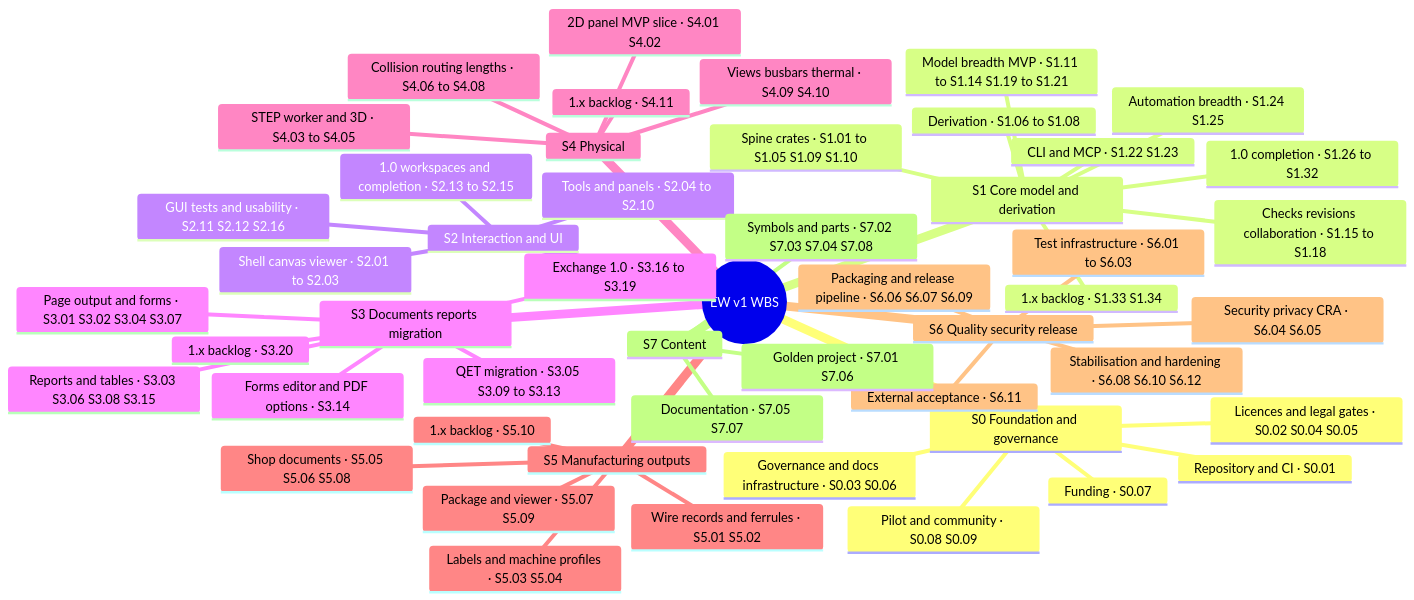
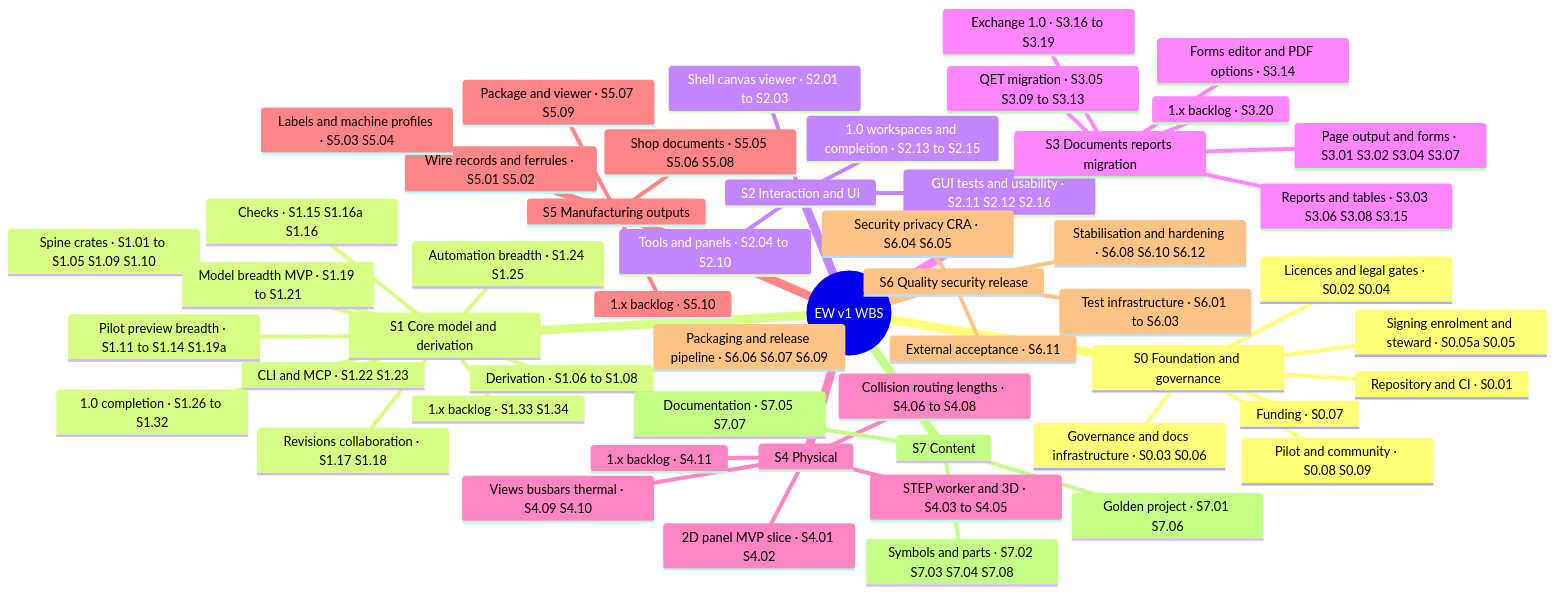
The first of 2 diagrams in docs/plan/02-work-packages.md (Ironkode787/ElektraWatt), drawn with Mermaid before and after one commit. The commit also changed other lines of this file and 44 other files, not shown here.

````diff
--- a/docs/plan/02-work-packages.md
+++ b/docs/plan/02-work-packages.md
@@ -135,53 +158,56 @@
 ```mermaid
 mindmap
   root((EW v1 WBS))
     S0 Foundation and governance
       Repository and CI · S0.01
-      Licences and legal gates · S0.02 S0.04 S0.05
+      Licences and legal gates · S0.02 S0.04
+      Signing enrolment and steward · S0.05a S0.05
       Governance and docs infrastructure · S0.03 S0.06
       Funding · S0.07
       Pilot and community · S0.08 S0.09
     S1 Core model and derivation
       Spine crates · S1.01 to S1.05 S1.09 S1.10
       Derivation · S1.06 to S1.08
-      Model breadth MVP · S1.11 to S1.14 S1.19 to S1.21
-      Checks revisions collaboration · S1.15 to S1.18
+      Pilot preview breadth · S1.11 to S1.14 S1.19a
+      Model breadth MVP · S1.19 to S1.21
+      Checks · S1.15 S1.16a S1.16
+      Revisions collaboration · S1.17 S1.18
       CLI and MCP · S1.22 S1.23
       Automation breadth · S1.24 S1.25
       1.0 completion · S1.26 to S1.32
       1.x backlog · S1.33 S1.34
     S2 Interaction and UI
       Shell canvas viewer · S2.01 to S2.03
       Tools and panels · S2.04 to S2.10
       GUI tests and usability · S2.11 S2.12 S2.16
       1.0 workspaces and completion · S2.13 to S2.15
     S3 Documents reports migration
       Page output and forms · S3.01 S3.02 S3.04 S3.07
       Reports and tables · S3.03 S3.06 S3.08 S3.15
       QET migration · S3.05 S3.09 to S3.13
       Exchange 1.0 · S3.16 to S3.19
       Forms editor and PDF options · S3.14
       1.x backlog · S3.20
     S4 Physical
       2D panel MVP slice · S4.01 S4.02
       STEP worker and 3D · S4.03 to S4.05
       Collision routing lengths · S4.06 to S4.08
       Views busbars thermal · S4.09 S4.10
       1.x backlog · S4.11
     S5 Manufacturing outputs
       Wire records and ferrules · S5.01 S5.02
       Labels and machine profiles · S5.03 S5.04
       Shop documents · S5.05 S5.06 S5.08
       Package and viewer · S5.07 S5.09
       1.x backlog · S5.10
     S6 Quality security release
       Test infrastructure · S6.01 to S6.03
       Security privacy CRA · S6.04 S6.05
       Packaging and release pipeline · S6.06 S6.07 S6.09
       Stabilisation and hardening · S6.08 S6.10 S6.12
       External acceptance · S6.11
     S7 Content
       Golden project · S7.01 S7.06
       Symbols and parts · S7.02 S7.03 S7.04 S7.08
       Documentation · S7.05 S7.07
 ```
````
